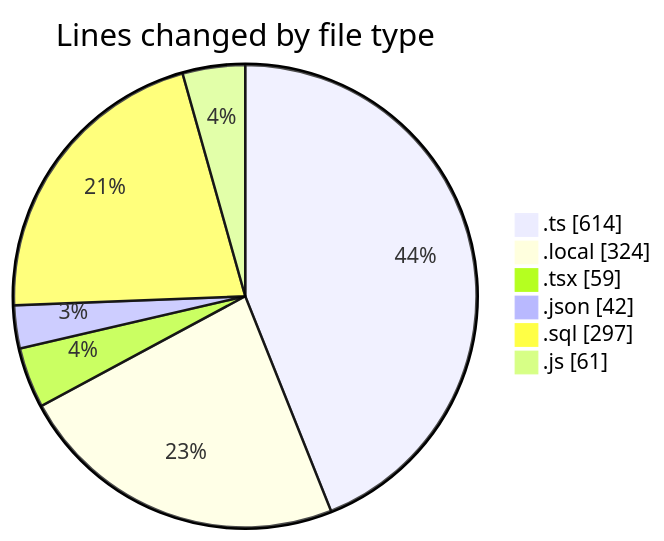
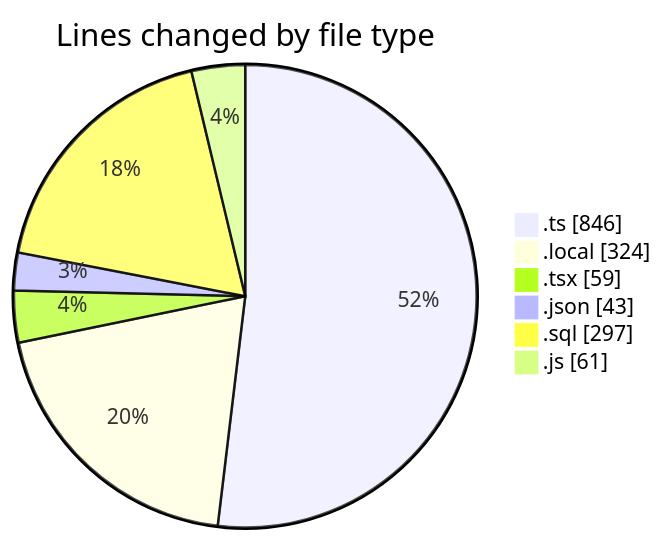
The first of 2 diagrams in 2025-05-20/fixme24/README.md (FixMe24/code-tracking), drawn with Mermaid before and after one commit. The commit also changed other lines of this file and 1 other file, not shown here.

````diff
--- a/2025-05-20/fixme24/README.md
+++ b/2025-05-20/fixme24/README.md
@@ -33,10 +34,10 @@
 ```mermaid
 pie showData
 title Lines changed by file type
-".ts" : 614
+".ts" : 846
 ".local" : 324
 ".tsx" : 59
-".json" : 42
+".json" : 43
 ".sql" : 297
 ".js" : 61
 ```
````
